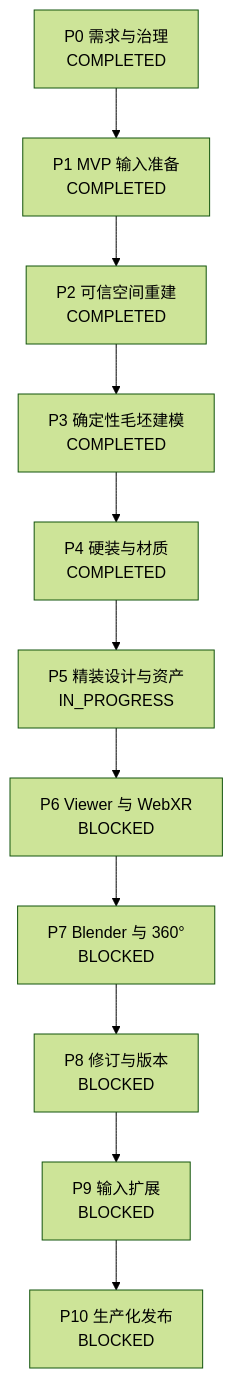
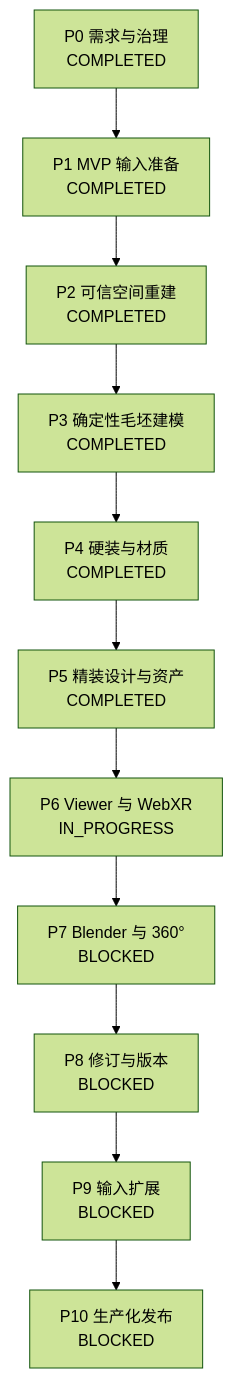
Before and after one commit to keson-skill/VR-3D-Skill: the second of 2 diagrams in 需求文档.md, drawn with Mermaid (forest theme). The commit also changed other lines of this file and 12 other files, not shown here.

````diff
--- a/需求文档.md
+++ b/需求文档.md
@@ -438,13 +438,13 @@
 ```mermaid
 flowchart TD
     P0["P0 需求与治理<br/>COMPLETED"] --> P1["P1 MVP 输入准备<br/>COMPLETED"]
     P1 --> P2["P2 可信空间重建<br/>COMPLETED"]
     P2 --> P3["P3 确定性毛坯建模<br/>COMPLETED"]
     P3 --> P4["P4 硬装与材质<br/>COMPLETED"]
-    P4 --> P5["P5 精装设计与资产<br/>IN_PROGRESS"]
-    P5 --> P6["P6 Viewer 与 WebXR<br/>BLOCKED"]
+    P4 --> P5["P5 精装设计与资产<br/>COMPLETED"]
+    P5 --> P6["P6 Viewer 与 WebXR<br/>IN_PROGRESS"]
     P6 --> P7["P7 Blender 与 360°<br/>BLOCKED"]
     P7 --> P8["P8 修订与版本<br/>BLOCKED"]
     P8 --> P9["P9 输入扩展<br/>BLOCKED"]
     P9 --> P10["P10 生产化发布<br/>BLOCKED"]
 ```
````
